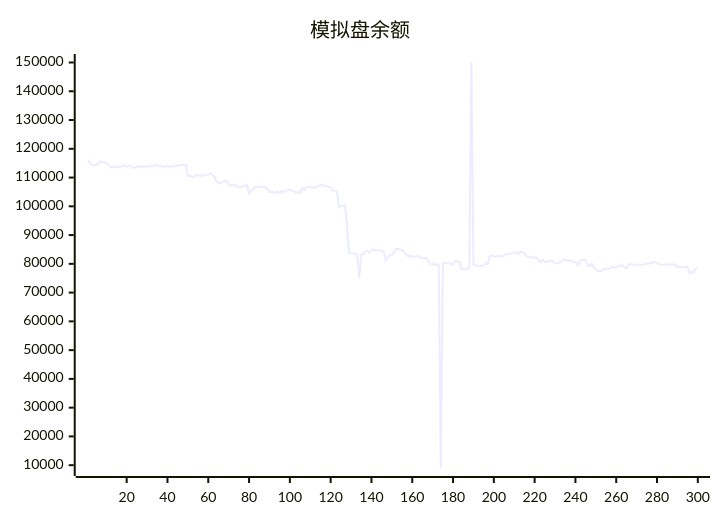
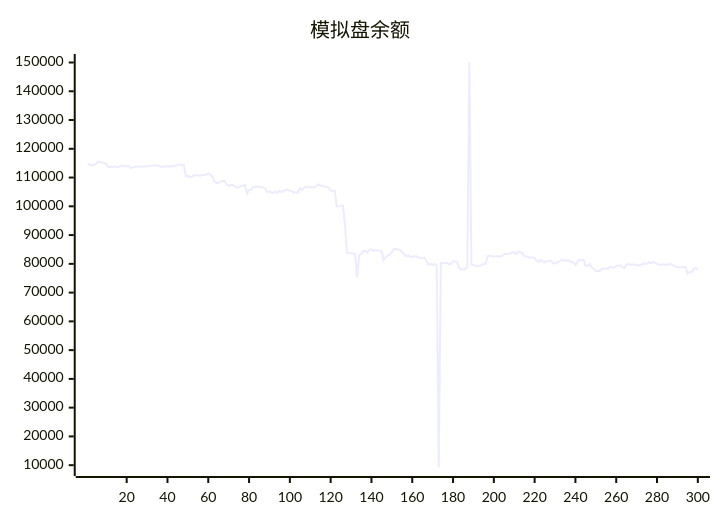
One commit to aahl/ai-trading changed the diagram in README.md. Above: the diagram before and after it, drawn with Mermaid. The commit also changed other lines of this file and 1 other file, not shown here.

````diff
--- a/README.md
+++ b/README.md
@@ -5,5 +5,5 @@
 ```mermaid
 xychart
     title "模拟盘余额"
-    line [116083,114950,114365,114365,114388,114730,115582,115358,115358,115032,114686,113688,113688,113610,113930,113672,113585,114083,114074,113840,113996,114051,113208,113593,113701,113901,113794,113784,113810,113848,113927,113929,114064,114232,114293,114144,113960,113698,113853,113942,113812,113908,113877,114091,113998,114427,114422,114384,114384,110477,110576,110198,110198,110890,110712,110812,110569,110929,110847,110968,111478,110870,110433,108661,108116,108115,108485,108797,108877,107536,107134,107393,107393,107046,106565,106565,107081,107081,107478,104404,105715,105749,106866,106651,106889,106771,106816,106565,106141,104876,105103,104796,104734,105169,104690,105380,104941,105272,105709,105739,105374,105227,104691,104924,104762,106364,105628,106608,106748,106872,106485,106721,106468,107132,107620,107224,107080,107001,106717,106567,105431,105431,105440,99950,100017,100113,100337,93749,83795,83807,83567,83567,83342,75168,83222,83336,84448,84449,83896,84839,85065,84499,84757,84757,84364,84347,81254,82385,82835,83184,84099,85150,85150,85002,84751,84096,83356,82582,82983,82404,82572,82512,82688,82200,82047,81920,82125,80840,79688,80060,79552,79920,79470,9193,80236,80208,80170,80336,79894,80006,80954,80837,80712,78561,78139,78037,78293,78682,150000,79720,79720,79214,79372,79279,79591,80046,79993,82625,82950,82626,82571,82633,82670,82670,82681,83386,83378,83464,83579,83920,84037,83402,84160,84142,83652,82655,82655,82145,82315,82243,82163,80934,80770,81371,80742,80468,80989,80989,81067,80191,80155,80450,80737,81309,81309,81106,81119,81119,80471,80631,79624,80670,81448,81290,81429,79212,79222,79940,78643,78380,77432,77623,77504,78235,78358,78284,78277,79048,78714,78714,79290,79308,79567,78763,78563,79603,79988,79652,79813,79813,79476,79469,79673,79995,80015,80015,80486,80314,80600,80436,79966,79689,79689,79819,79692,79692,79850,79850,79518,79071,78889,78850,78850,78878,78878,76554,77202,77103,78357,78510]
+    line [114950,114365,114365,114388,114730,115582,115358,115358,115032,114686,113688,113688,113610,113930,113672,113585,114083,114074,113840,113996,114051,113208,113593,113701,113901,113794,113784,113810,113848,113927,113929,114064,114232,114293,114144,113960,113698,113853,113942,113812,113908,113877,114091,113998,114427,114422,114384,114384,110477,110576,110198,110198,110890,110712,110812,110569,110929,110847,110968,111478,110870,110433,108661,108116,108115,108485,108797,108877,107536,107134,107393,107393,107046,106565,106565,107081,107081,107478,104404,105715,105749,106866,106651,106889,106771,106816,106565,106141,104876,105103,104796,104734,105169,104690,105380,104941,105272,105709,105739,105374,105227,104691,104924,104762,106364,105628,106608,106748,106872,106485,106721,106468,107132,107620,107224,107080,107001,106717,106567,105431,105431,105440,99950,100017,100113,100337,93749,83795,83807,83567,83567,83342,75168,83222,83336,84448,84449,83896,84839,85065,84499,84757,84757,84364,84347,81254,82385,82835,83184,84099,85150,85150,85002,84751,84096,83356,82582,82983,82404,82572,82512,82688,82200,82047,81920,82125,80840,79688,80060,79552,79920,79470,9193,80236,80208,80170,80336,79894,80006,80954,80837,80712,78561,78139,78037,78293,78682,150000,79720,79720,79214,79372,79279,79591,80046,79993,82625,82950,82626,82571,82633,82670,82670,82681,83386,83378,83464,83579,83920,84037,83402,84160,84142,83652,82655,82655,82145,82315,82243,82163,80934,80770,81371,80742,80468,80989,80989,81067,80191,80155,80450,80737,81309,81309,81106,81119,81119,80471,80631,79624,80670,81448,81290,81429,79212,79222,79940,78643,78380,77432,77623,77504,78235,78358,78284,78277,79048,78714,78714,79290,79308,79567,78763,78563,79603,79988,79652,79813,79813,79476,79469,79673,79995,80015,80015,80486,80314,80600,80436,79966,79689,79689,79819,79692,79692,79850,79850,79518,79071,78889,78850,78850,78878,78878,76554,77202,77103,78357,78510,78106]
 ```
````
